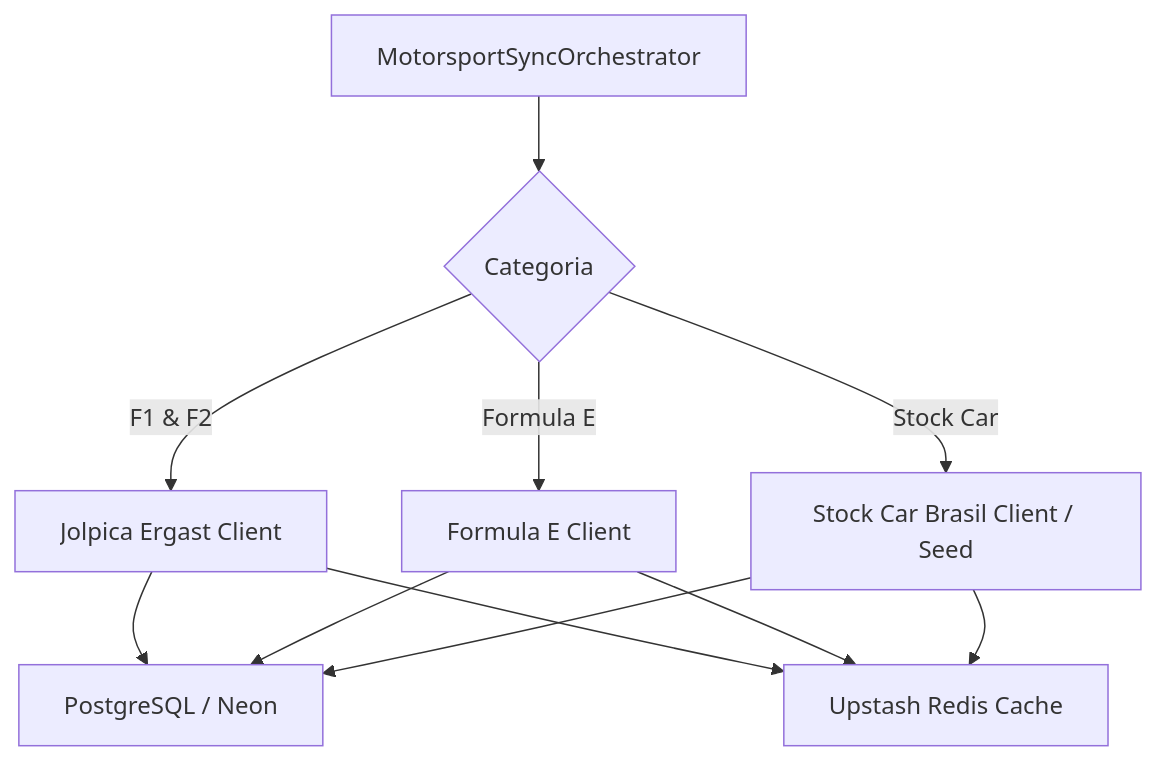
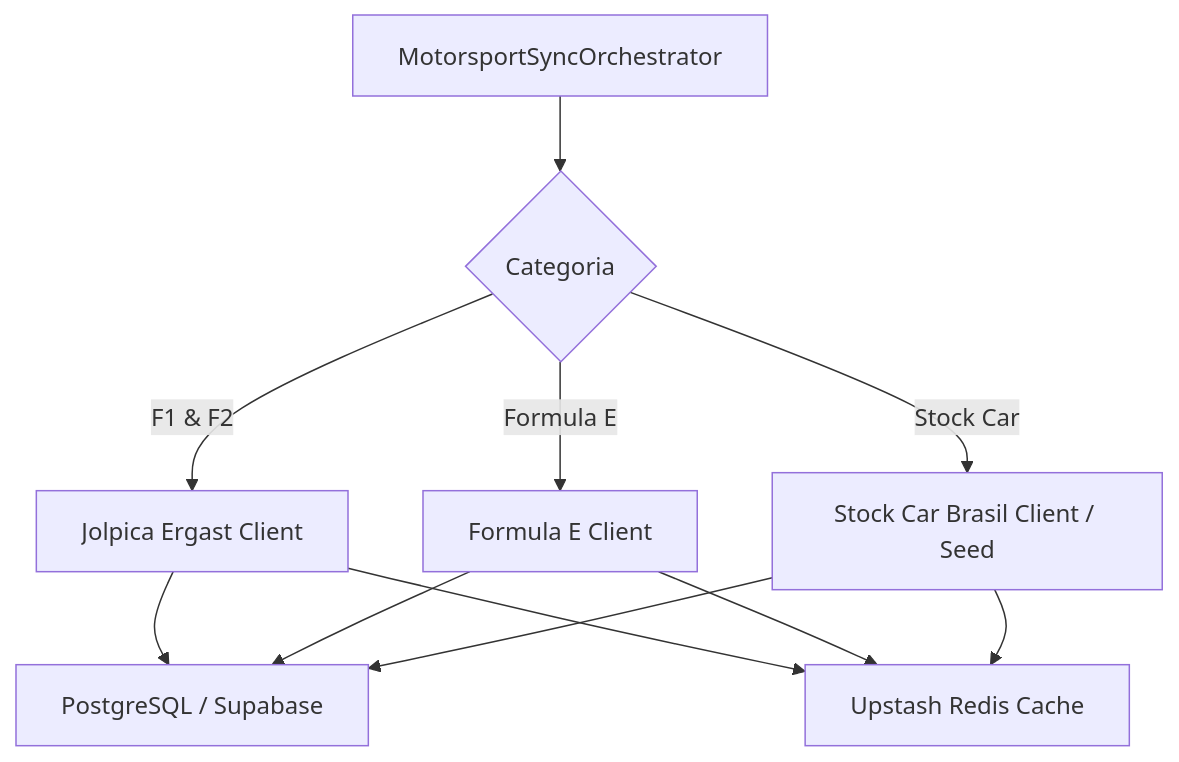
The diagram in docs/adr/0015-motorsport-data-strategy.md (lvmp/ligadospalpites-core), drawn with Mermaid before and after one commit. The commit also changed 18 other files, not shown here.

Commit message:
docs(persistence): migrate relational database standardization from Neon to Supabase PostgreSQL

````diff
--- a/docs/adr/0015-motorsport-data-strategy.md
+++ b/docs/adr/0015-motorsport-data-strategy.md
@@ -27,10 +27,10 @@
 ```mermaid
 graph TD
     A[MotorsportSyncOrchestrator] --> B{Categoria}
     B -->|F1 & F2| C[Jolpica Ergast Client]
     B -->|Formula E| D[Formula E Client]
     B -->|Stock Car| E[Stock Car Brasil Client / Seed]
     
-    C & D & E --> F[PostgreSQL / Neon]
+    C & D & E --> F[PostgreSQL / Supabase]
     C & D & E --> G[Upstash Redis Cache]
 ```
````
